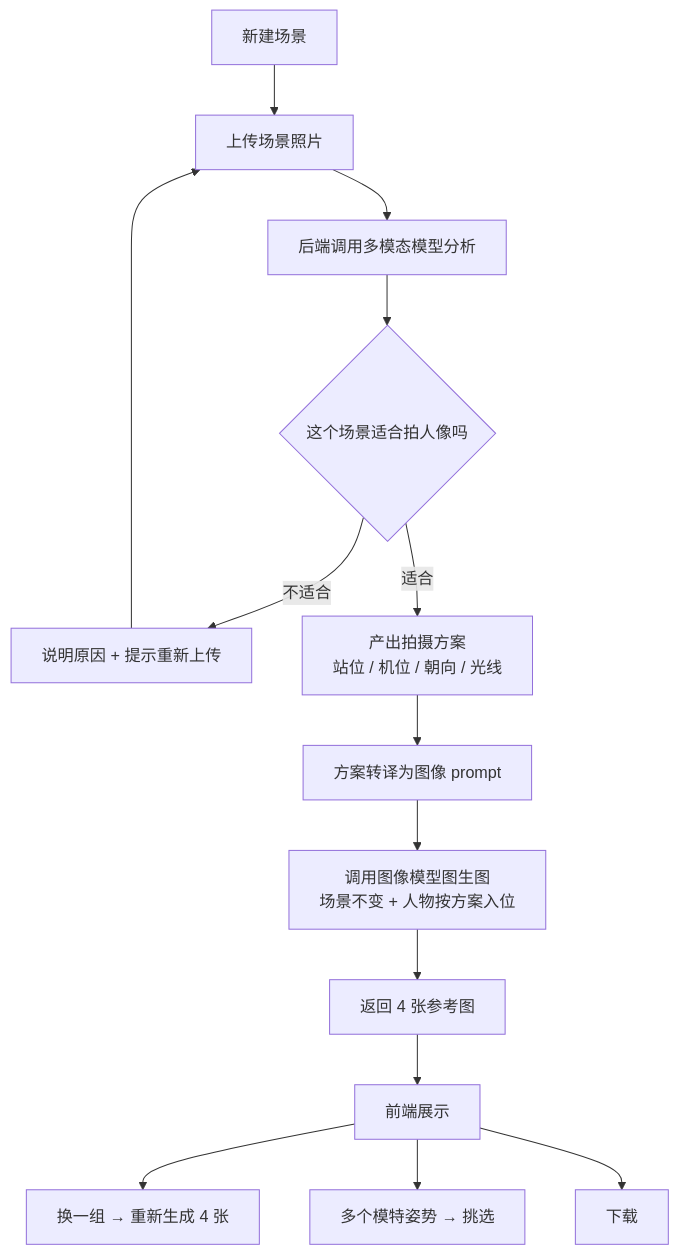
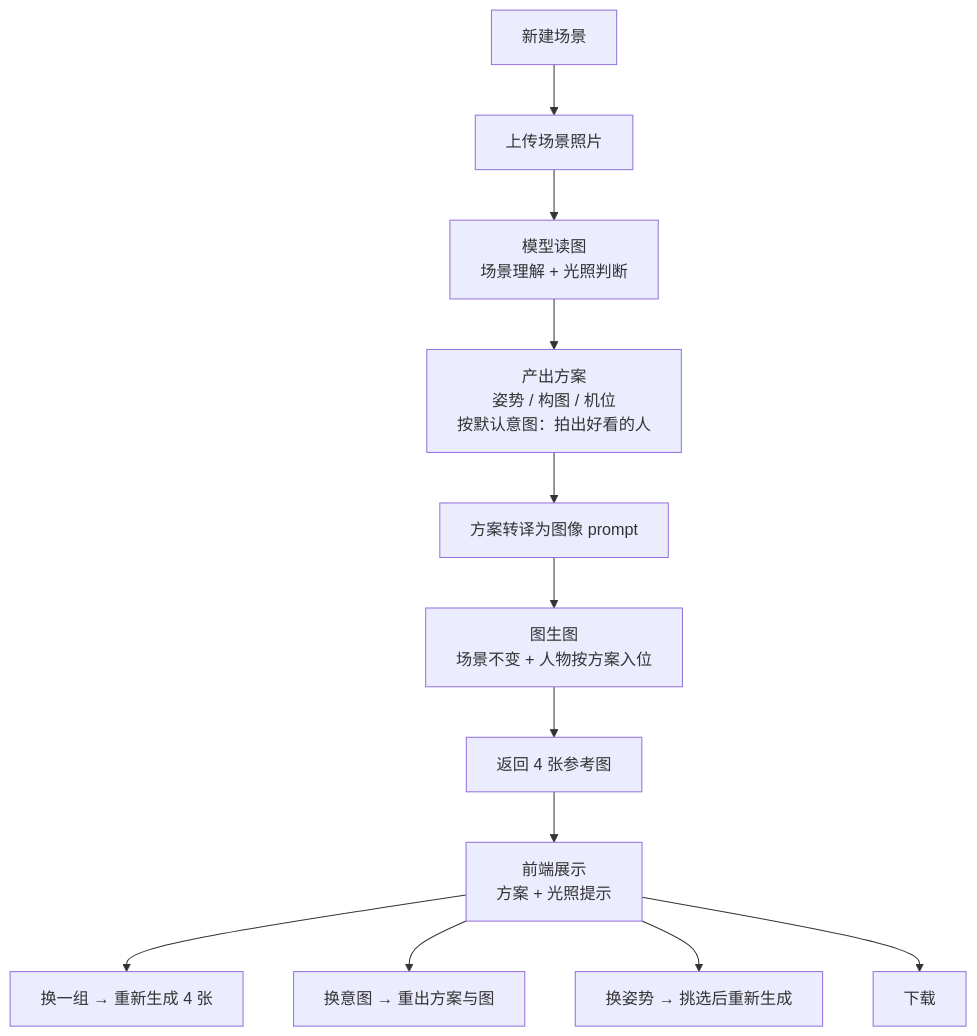
One commit to Hawke323/boyfriend-savior-from-bad-shots changed the diagram in README.md. Above: the diagram before and after it, drawn with Mermaid. The commit also changed other lines of this file, not shown here.

````diff
--- a/README.md
+++ b/README.md
@@ -36,16 +43,14 @@
 ```mermaid
 flowchart TD
     A[新建场景] --> B[上传场景照片]
-    B --> C[后端调用多模态模型分析]
-    C --> D{这个场景适合拍人像吗}
-    D -- 不适合 --> E[说明原因 + 提示重新上传]
-    E --> B
-    D -- 适合 --> F[产出拍摄方案<br/>站位 / 机位 / 朝向 / 光线]
+    B --> C[模型读图<br/>场景理解 + 光照判断]
+    C --> F[产出方案<br/>姿势 / 构图 / 机位<br/>按默认意图：拍出好看的人]
     F --> G[方案转译为图像 prompt]
-    G --> H[调用图像模型图生图<br/>场景不变 + 人物按方案入位]
+    G --> H[图生图<br/>场景不变 + 人物按方案入位]
     H --> I[返回 4 张参考图]
-    I --> J[前端展示]
+    I --> J[前端展示<br/>方案 + 光照提示]
     J --> K[换一组 → 重新生成 4 张]
-    J --> L[多个模特姿势 → 挑选]
-    J --> M[下载]
+    J --> L[换意图 → 重出方案与图]
+    J --> M[换姿势 → 挑选后重新生成]
+    J --> N[下载]
 ```
````
